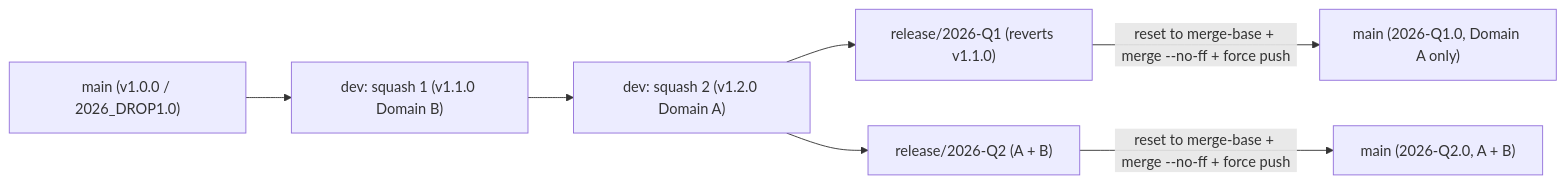
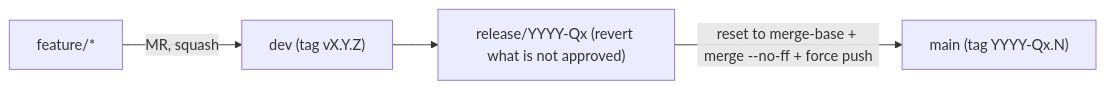
One commit to jimvekemans/dbt-workshop changed the diagram in .agents/skills/dbt-release-flow/SKILL.md. Above: the diagram before and after it, drawn with Mermaid. The commit also changed other lines of this file and 11 other files, not shown here.

````diff
--- a/.agents/skills/dbt-release-flow/SKILL.md
+++ b/.agents/skills/dbt-release-flow/SKILL.md
@@ -23,9 +25,6 @@
 ```mermaid
 flowchart LR
-    M0["main (v1.0.0 / 2026_DROP1.0)"] --> D1["dev: squash 1 (v1.1.0 Domain B)"]
-    D1 --> D2["dev: squash 2 (v1.2.0 Domain A)"]
-    D2 --> R1["release/2026-Q1 (reverts v1.1.0)"]
-    R1 -- "reset to merge-base + merge --no-ff + force push" --> M1["main (2026-Q1.0, Domain A only)"]
-    D2 --> R2["release/2026-Q2 (A + B)"]
-    R2 -- "reset to merge-base + merge --no-ff + force push" --> M2["main (2026-Q2.0, A + B)"]
+    F["feature/*"] -- "MR, squash" --> D["dev (tag vX.Y.Z)"]
+    D --> R["release/YYYY-Qx (revert what is not approved)"]
+    R -- "reset to merge-base + merge --no-ff + force push" --> M["main (tag YYYY-Qx.N)"]
 ```
````
